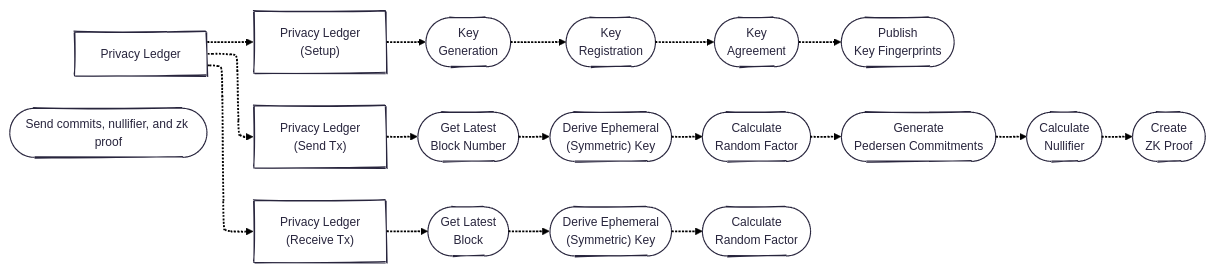
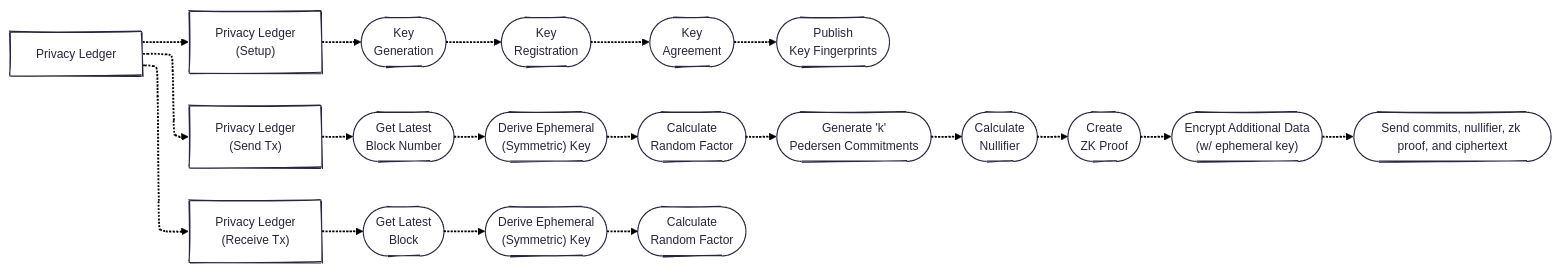
One commit to raylsnetwork/Enygma changed the third of 5 diagrams in enygma_payments/README.md. Above: the diagram before and after it, drawn with Mermaid.

Commit message:
Update README for transaction process details

````diff
--- a/enygma_payments/README.md
+++ b/enygma_payments/README.md
@@ -76,42 +76,43 @@
 ```mermaid
 ---
 config:
   theme: redux
   layout: elk
   look: handDrawn
 ---
 flowchart LR
 
     %% Entities
     pl["Privacy Ledger"]
 
     %% PL (Setup)
     pl_setup["Privacy Ledger<br>(Setup)"]
     keygen(["Key<br>Generation"])
     register(["Key<br>Registration"])
     kem(["Key<br>Agreement"])
     publish(["Publish<br>Key Fingerprints"])
 
     %% PL (Send)
     pl_send["Privacy Ledger<br>(Send Tx)"]
     getblock_send(["Get Latest<br>Block Number"])
     derivesendkey(["Derive Ephemeral<br>(Symmetric) Key"])
     calcR_send(["Calculate<br>Random Factor"])
-    tx_commits(["Generate<br>Pedersen Commitments"])
+    tx_commits(["Generate 'k'<br>Pedersen Commitments"])
     nullifier(["Calculate<br>Nullifier"])
     zk_proof(["Create<br>ZK Proof"])
-    send_tx(["Send commits, nullifier, and zk proof"])
+    encrypt_ad(["Encrypt Additional Data<br>(w/ ephemeral key)"])
+    send_tx(["Send commits, nullifier, zk proof, and ciphertext"])
 
     %% PL (Receive)
     pl_receive["Privacy Ledger<br>(Receive Tx)"]
     derivereceivekey(["Derive Ephemeral<br>(Symmetric) Key"])
     calcR_receive(["Calculate<br>Random Factor"])
     getblock_receive(["Get Latest<br>Block"])
 
     pl -.-> pl_setup & pl_send & pl_receive
 
     pl_setup -.-> keygen -.-> register -.-> kem -.-> publish
-    pl_send -.-> getblock_send -.-> derivesendkey -.-> calcR_send -.-> tx_commits -.-> nullifier -.-> zk_proof
+    pl_send -.-> getblock_send -.-> derivesendkey -.-> calcR_send -.-> tx_commits -.-> nullifier -.-> zk_proof -.-> encrypt_ad -.-> send_tx
     pl_receive -.-> getblock_receive -.-> derivereceivekey -.-> calcR_receive
 
 ```
````
